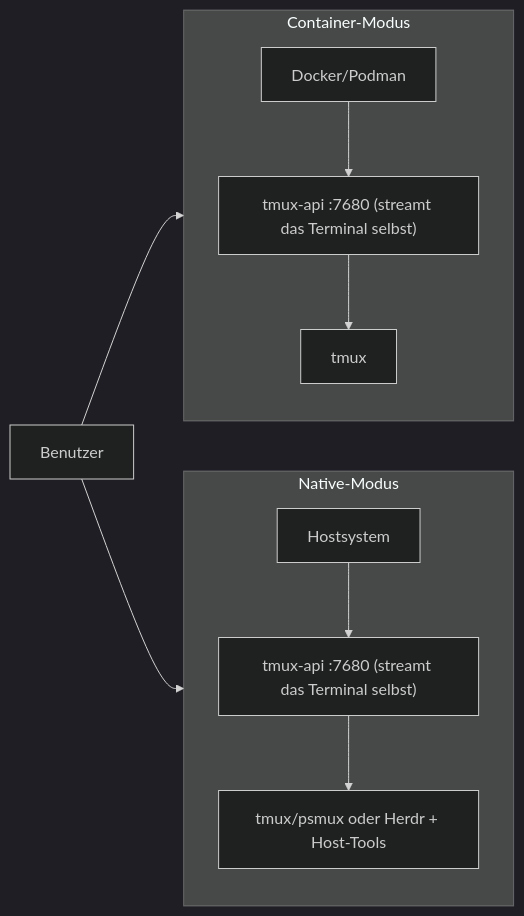
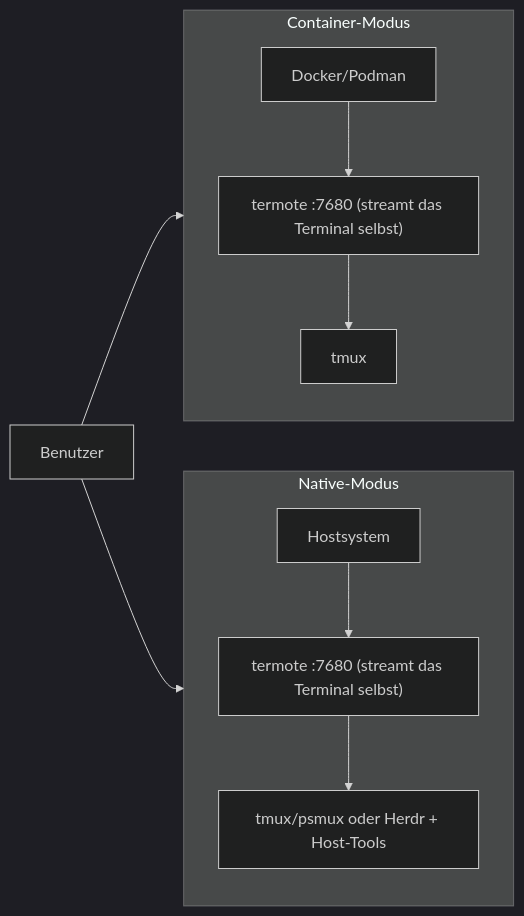
The second of 2 diagrams in README.de.md (lamngockhuong/termote), drawn with Mermaid (dark theme) before and after one commit. The commit also changed other lines of this file and 107 other files, not shown here.

First line of the commit message:
refactor!: rename tmux-api to server and its binary to termote (#215)

````diff
--- a/README.de.md
+++ b/README.de.md
@@ -224,14 +224,14 @@
 ```mermaid
 flowchart LR
     subgraph Container["Container-Modus"]
         direction TB
-        C1["Docker/Podman"] --> C2["tmux-api :7680 (streamt das Terminal selbst)"] --> C3["tmux"]
+        C1["Docker/Podman"] --> C2["termote :7680 (streamt das Terminal selbst)"] --> C3["tmux"]
     end
 
     subgraph Native["Native-Modus"]
         direction TB
-        N1["Hostsystem"] --> N2["tmux-api :7680 (streamt das Terminal selbst)"] --> N3["tmux/psmux oder Herdr + Host-Tools"]
+        N1["Hostsystem"] --> N2["termote :7680 (streamt das Terminal selbst)"] --> N3["tmux/psmux oder Herdr + Host-Tools"]
     end
 
     User["Benutzer"] --> Container & Native
 ```
````
